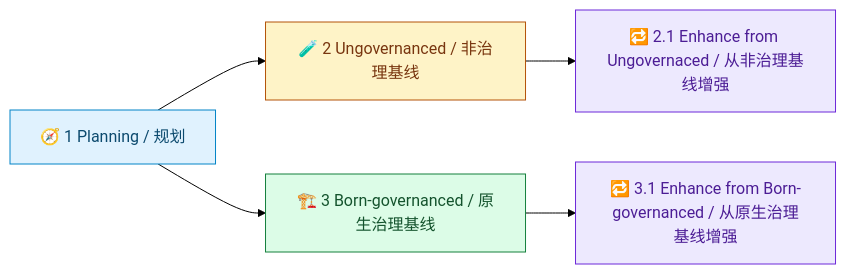
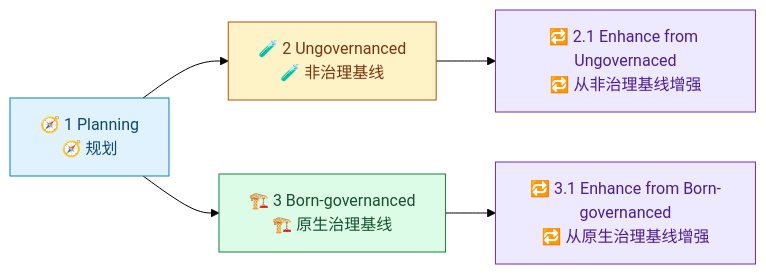
The diagram in demos/loom-enhanced-research/README.zh-CN.md (waynebaby/Techne-Loom), drawn with Mermaid (forest theme) before and after one commit. The commit also changed other lines of this file and 13 other files, not shown here.

````diff
--- a/demos/loom-enhanced-research/README.zh-CN.md
+++ b/demos/loom-enhanced-research/README.zh-CN.md
@@ -20,18 +20,18 @@
 ```mermaid
 flowchart LR
-    p[🧭 1 Planning / 规划] --> u[🧪 2 Ungovernanced / 非治理基线]
-    p --> b[🏗️ 3 Born-governanced / 原生治理基线]
-    u --> u2[🔁 2.1 Enhance from Ungovernaced / 从非治理基线增强]
-    b --> b2[🔁 3.1 Enhance from Born-governanced / 从原生治理基线增强]
+    p["🧭 1 Planning<br/>🧭 规划"] --> u["🧪 2 Ungovernanced<br/>🧪 非治理基线"]
+    p --> b["🏗️ 3 Born-governanced<br/>🏗️ 原生治理基线"]
+    u --> u2["🔁 2.1 Enhance from Ungovernaced<br/>🔁 从非治理基线增强"]
+    b --> b2["🔁 3.1 Enhance from Born-governanced<br/>🔁 从原生治理基线增强"]
 
     p:::planning
     u:::ungov
     u2:::enhance
     b:::governed
     b2:::enhance
 
     classDef planning fill:#E0F2FE,stroke:#0284C7,color:#0C4A6E;
     classDef ungov fill:#FEF3C7,stroke:#B45309,color:#78350F;
     classDef governed fill:#DCFCE7,stroke:#15803D,color:#14532D;
     classDef enhance fill:#EDE9FE,stroke:#6D28D9,color:#4C1D95;
 ```
````
